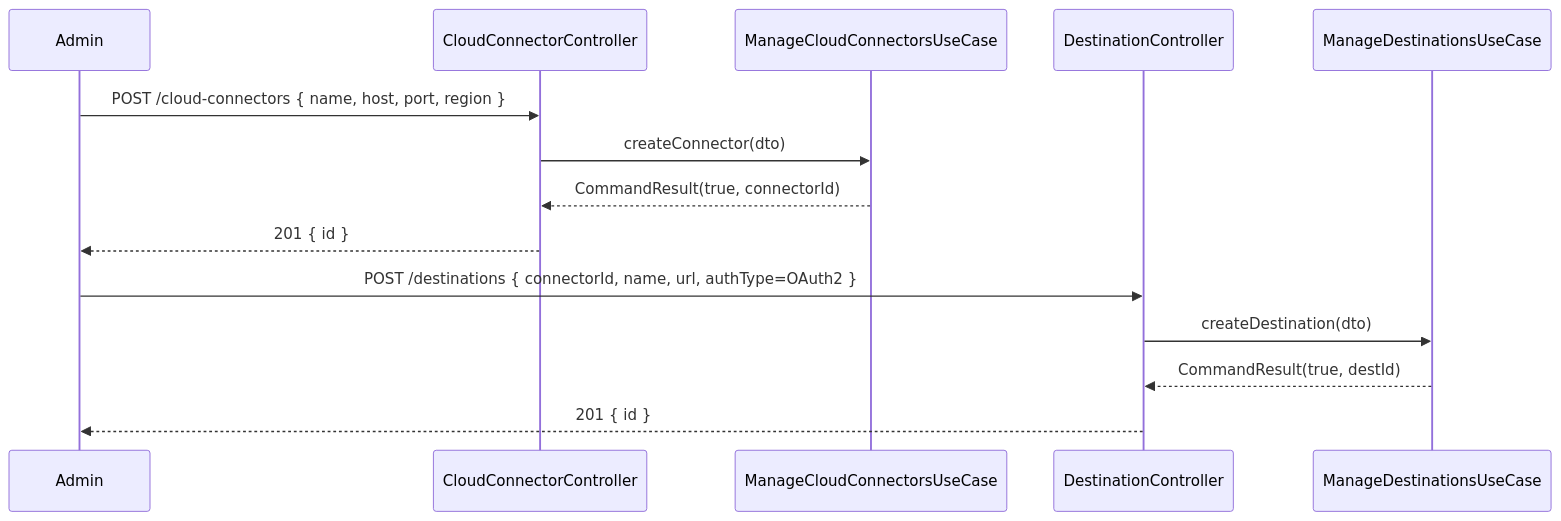
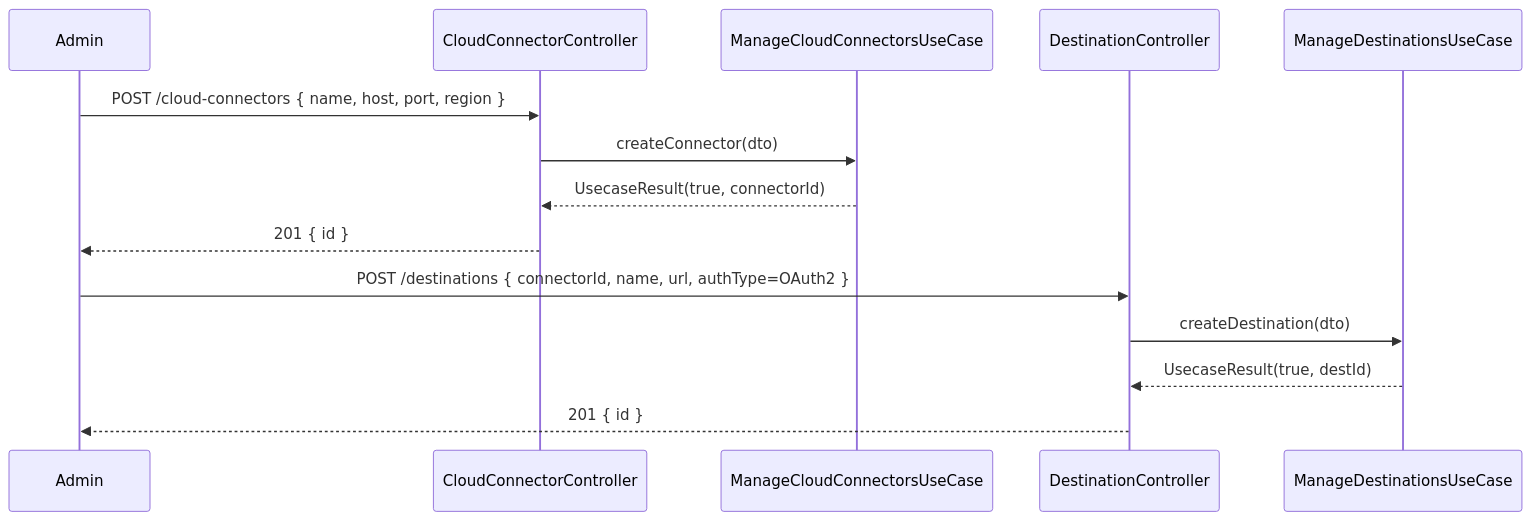
The third of 3 diagrams in connectivity/UML.md (UIMSolutions/uim-platform), drawn with Mermaid before and after one commit. The commit also changed 907 other files, not shown here.

Commit message:
Rename CommandResult

````diff
--- a/connectivity/UML.md
+++ b/connectivity/UML.md
@@ -128,18 +128,18 @@
 ```mermaid
 sequenceDiagram
     participant Admin
     participant CC as CloudConnectorController
     participant CUC as ManageCloudConnectorsUseCase
     participant DC as DestinationController
     participant DUC as ManageDestinationsUseCase
 
     Admin->>CC: POST /cloud-connectors { name, host, port, region }
     CC->>CUC: createConnector(dto)
-    CUC-->>CC: CommandResult(true, connectorId)
+    CUC-->>CC: UsecaseResult(true, connectorId)
     CC-->>Admin: 201 { id }
 
     Admin->>DC: POST /destinations { connectorId, name, url, authType=OAuth2 }
     DC->>DUC: createDestination(dto)
-    DUC-->>DC: CommandResult(true, destId)
+    DUC-->>DC: UsecaseResult(true, destId)
     DC-->>Admin: 201 { id }
 ```
````
